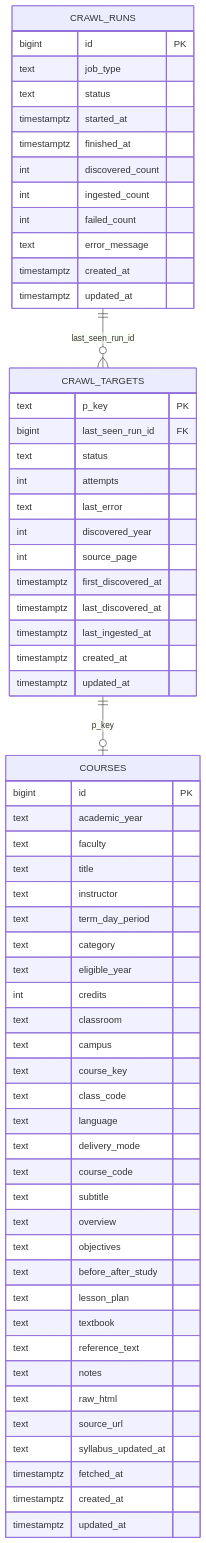
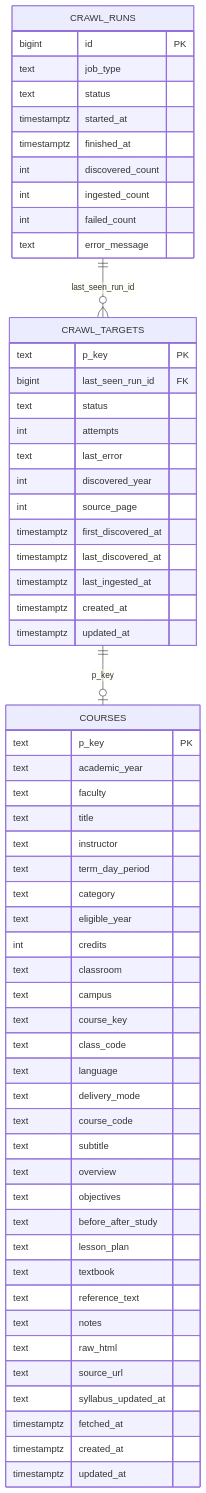
One commit to tsukuneA1/hoge changed the second of 2 diagrams in docs/design/2026-06-07-syllabus-crawler.md. Above: the diagram before and after it, drawn with Mermaid. The commit also changed other lines of this file, not shown here.

````diff
--- a/docs/design/2026-06-07-syllabus-crawler.md
+++ b/docs/design/2026-06-07-syllabus-crawler.md
@@ -163,70 +163,68 @@
 ```mermaid
 erDiagram
     CRAWL_RUNS ||--o{ CRAWL_TARGETS : "last_seen_run_id"
     CRAWL_TARGETS ||--o| COURSES : "p_key"
 
     CRAWL_RUNS {
         bigint id PK
         text job_type
         text status
         timestamptz started_at
         timestamptz finished_at
         int discovered_count
         int ingested_count
         int failed_count
         text error_message
-        timestamptz created_at
-        timestamptz updated_at
     }
 
     CRAWL_TARGETS {
         text p_key PK
         bigint last_seen_run_id FK
         text status
         int attempts
         text last_error
         int discovered_year
         int source_page
 
         timestamptz first_discovered_at
         timestamptz last_discovered_at
         timestamptz last_ingested_at
         timestamptz created_at
         timestamptz updated_at
     }
 
     COURSES {
-        bigint id PK
+        text p_key PK
         text academic_year
         text faculty
         text title
         text instructor
         text term_day_period
         text category
         text eligible_year
         int credits
         text classroom
         text campus
         text course_key
         text class_code
         text language
         text delivery_mode
         text course_code
 
         text subtitle
         text overview
         text objectives
         text before_after_study
         text lesson_plan
         text textbook
         text reference_text
         text notes
 
         text raw_html
         text source_url
         text syllabus_updated_at
         timestamptz fetched_at
         timestamptz created_at
         timestamptz updated_at
     }
 ```
````
